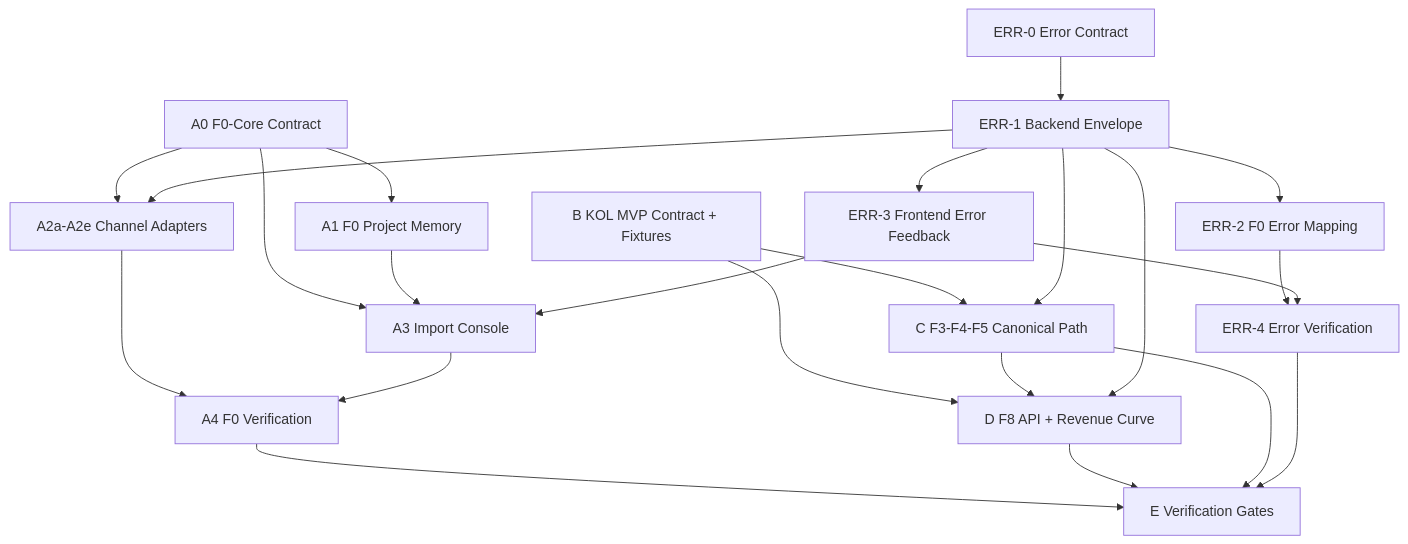
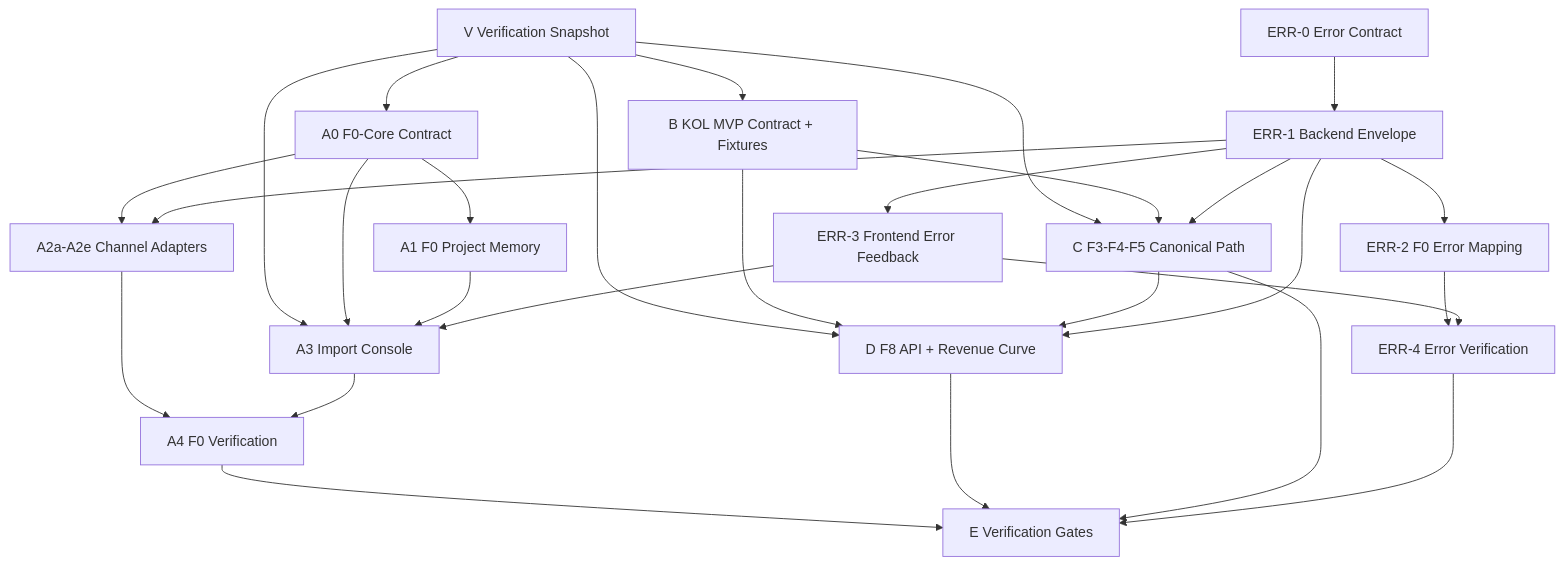
Before and after one commit to hongyuanzhou453/finer: the diagram in docs/specs/2026-05-parallel-agent-execution.md, drawn with Mermaid. The commit also changed other lines of this file and 70 other files, not shown here.

````diff
--- a/docs/specs/2026-05-parallel-agent-execution.md
+++ b/docs/specs/2026-05-parallel-agent-execution.md
@@ -850,29 +890,35 @@
 ```mermaid
 flowchart TD
+    V["V Verification Snapshot"] --> A0["A0 F0-Core Contract"]
+    V --> B["B KOL MVP Contract + Fixtures"]
+    V --> C["C F3-F4-F5 Canonical Path"]
+    V --> D["D F8 API + Revenue Curve"]
+    V --> A3["A3 Import Console"]
+
     A0["A0 F0-Core Contract"] --> A1["A1 F0 Project Memory"]
     A0 --> A2["A2a-A2e Channel Adapters"]
     A0 --> A3["A3 Import Console"]
     A1 --> A3
     A2 --> A4["A4 F0 Verification"]
     A3 --> A4
 
     ERR0["ERR-0 Error Contract"] --> ERR1["ERR-1 Backend Envelope"]
     ERR1 --> ERR2["ERR-2 F0 Error Mapping"]
     ERR1 --> ERR3["ERR-3 Frontend Error Feedback"]
     ERR2 --> ERR4["ERR-4 Error Verification"]
     ERR3 --> ERR4
 
     B["B KOL MVP Contract + Fixtures"] --> C["C F3-F4-F5 Canonical Path"]
     B --> D["D F8 API + Revenue Curve"]
     C --> D
 
     ERR1 --> A2
     ERR1 --> C
     ERR1 --> D
     ERR3 --> A3
 
     A4 --> E["E Verification Gates"]
     D --> E
     C --> E
     ERR4 --> E
 ```
````
